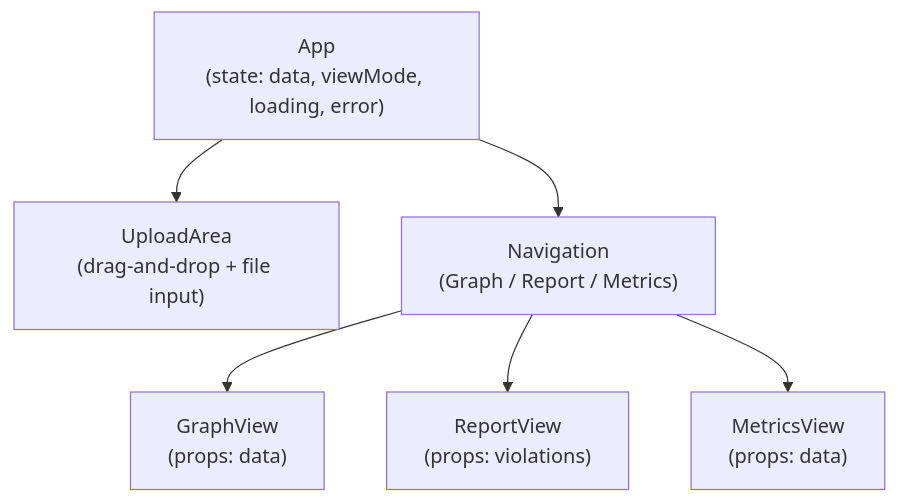
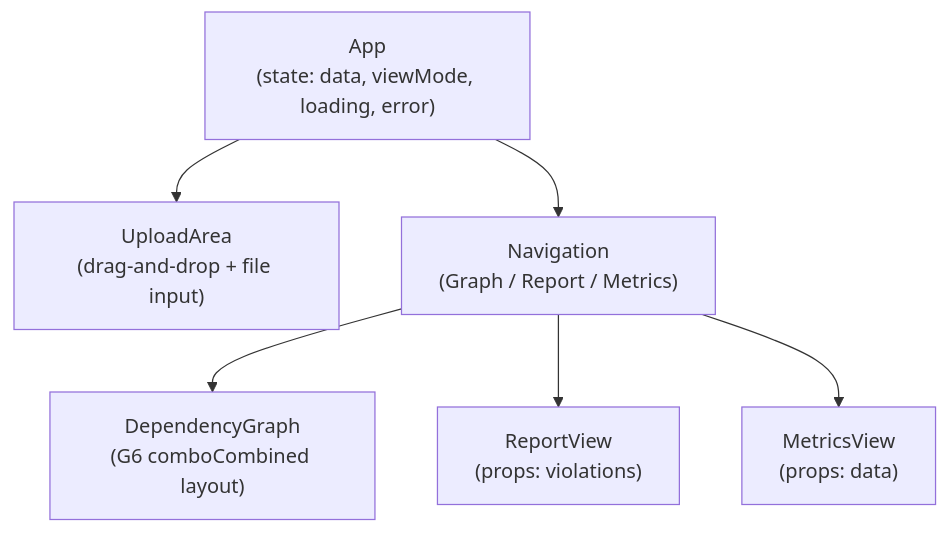
One commit to fisher-89/dependency-cruiser-reporter changed the first of 3 diagrams in docs/packages/frontend.md. Above: the diagram before and after it, drawn with Mermaid. The commit also changed other lines of this file and 7 other files, not shown here.

First line of the commit message:
feat(frontend): replace D3 with AntV G6 for graph visualization

````diff
--- a/docs/packages/frontend.md
+++ b/docs/packages/frontend.md
@@ -34,11 +36,11 @@
 ```mermaid
 flowchart TB
     App["App\n(state: data, viewMode, loading, error)"]
 
     App --> UploadArea["UploadArea\n(drag-and-drop + file input)"]
     App --> Nav["Navigation\n(Graph / Report / Metrics)"]
 
-    Nav --> GraphView["GraphView\n(props: data)"]
+    Nav --> DependencyGraph["DependencyGraph\n(G6 comboCombined layout)"]
     Nav --> ReportView["ReportView\n(props: violations)"]
     Nav --> MetricsView["MetricsView\n(props: data)"]
 ```
````
